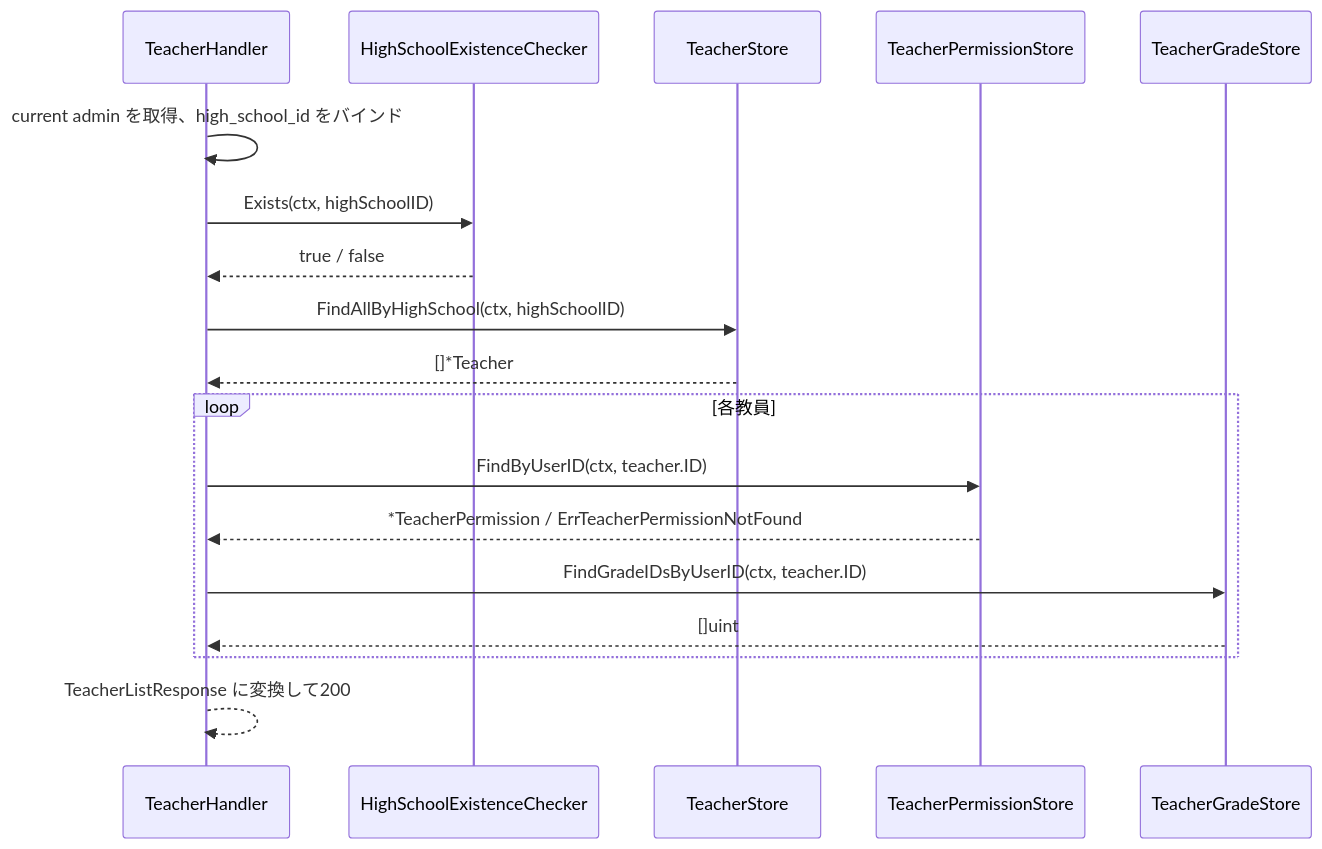
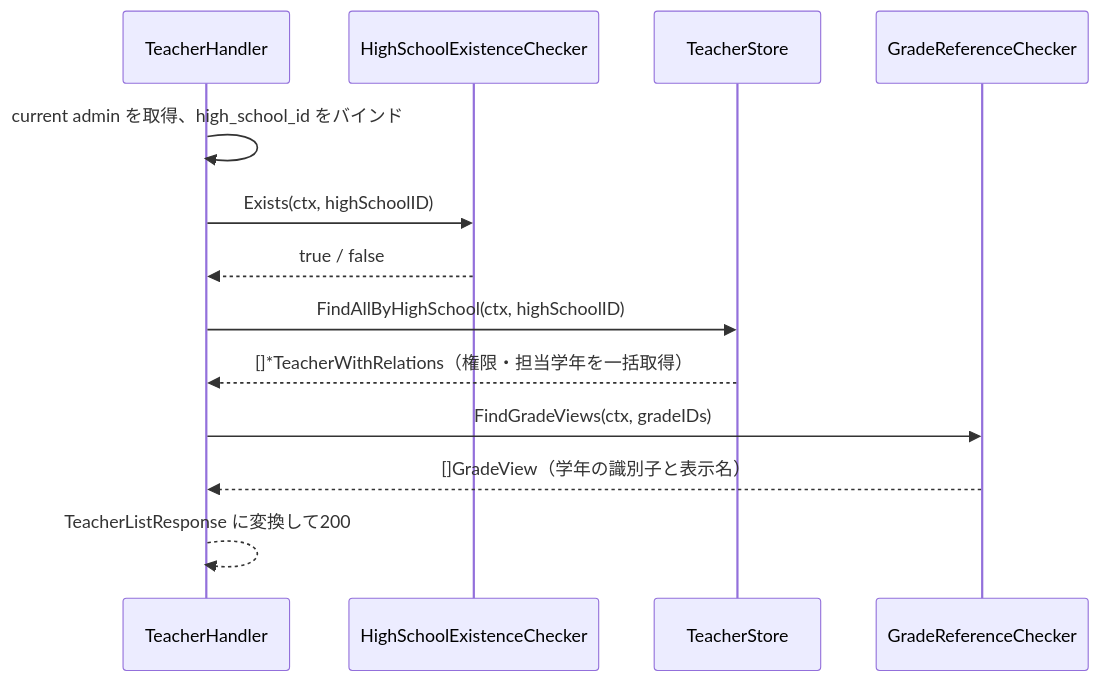
One commit to yuta20253/edu-platform-go-design changed the second of 5 diagrams in 計画書/Go実装仕様書/管理者教員管理機能_Go実装仕様書.md. Above: the diagram before and after it, drawn with Mermaid. The commit also changed other lines of this file and 2 other files, not shown here.

````diff
--- a/計画書/Go実装仕様書/管理者教員管理機能_Go実装仕様書.md
+++ b/計画書/Go実装仕様書/管理者教員管理機能_Go実装仕様書.md
@@ -420,21 +452,16 @@
 ```mermaid
 sequenceDiagram
     participant H as TeacherHandler
     participant HC as HighSchoolExistenceChecker
     participant TS as TeacherStore
-    participant PS as TeacherPermissionStore
-    participant GS as TeacherGradeStore
+    participant GC as GradeReferenceChecker
 
     H->>H: current admin を取得、high_school_id をバインド
     H->>HC: Exists(ctx, highSchoolID)
     HC-->>H: true / false
     H->>TS: FindAllByHighSchool(ctx, highSchoolID)
-    TS-->>H: []*Teacher
-    loop 各教員
-        H->>PS: FindByUserID(ctx, teacher.ID)
-        PS-->>H: *TeacherPermission / ErrTeacherPermissionNotFound
-        H->>GS: FindGradeIDsByUserID(ctx, teacher.ID)
-        GS-->>H: []uint
-    end
+    TS-->>H: []*TeacherWithRelations（権限・担当学年を一括取得）
+    H->>GC: FindGradeViews(ctx, gradeIDs)
+    GC-->>H: []GradeView（学年の識別子と表示名）
     H-->>H: TeacherListResponse に変換して200
 ```
````
